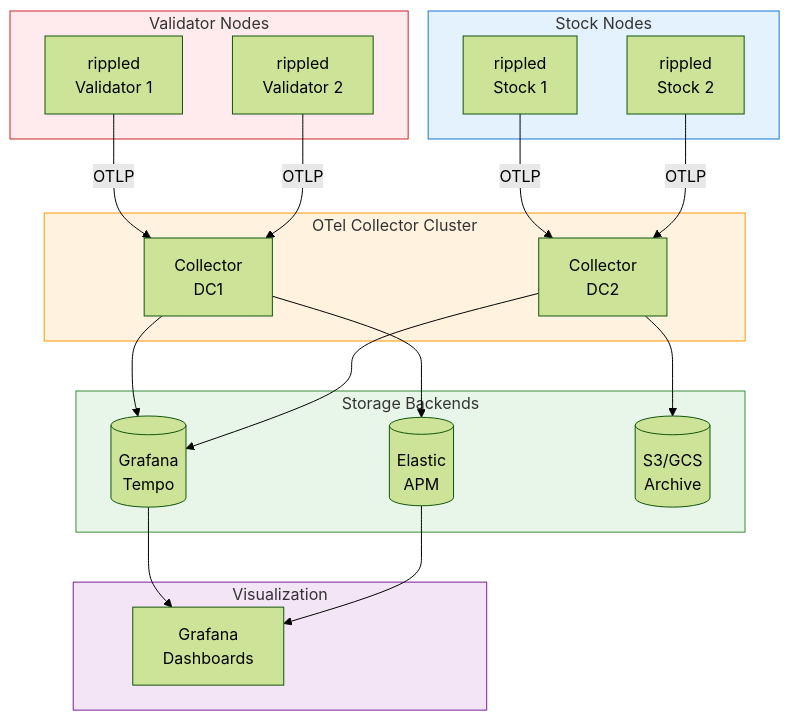
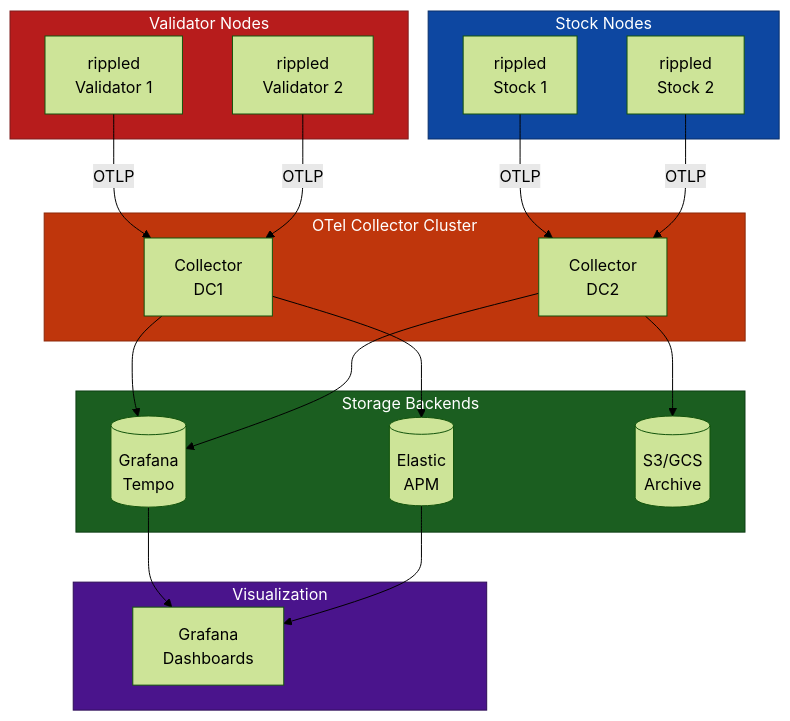
One commit to XRPL-Node/rippled changed the second of 4 diagrams in OpenTelemetryPlan/07-observability-backends.md. Above: the diagram before and after it, drawn with Mermaid (forest theme). The commit also changed other lines of this file and 8 other files, not shown here.

````diff
--- a/OpenTelemetryPlan/07-observability-backends.md
+++ b/OpenTelemetryPlan/07-observability-backends.md
@@ -73,46 +80,46 @@
 ```mermaid
 flowchart TB
     subgraph validators["Validator Nodes"]
         v1[rippled<br/>Validator 1]
         v2[rippled<br/>Validator 2]
     end
 
     subgraph stock["Stock Nodes"]
         s1[rippled<br/>Stock 1]
         s2[rippled<br/>Stock 2]
     end
 
     subgraph collector["OTel Collector Cluster"]
         c1[Collector<br/>DC1]
         c2[Collector<br/>DC2]
     end
 
     subgraph backends["Storage Backends"]
         tempo[(Grafana<br/>Tempo)]
         elastic[(Elastic<br/>APM)]
         archive[(S3/GCS<br/>Archive)]
     end
 
     subgraph ui["Visualization"]
         grafana[Grafana<br/>Dashboards]
     end
 
     v1 -->|OTLP| c1
     v2 -->|OTLP| c1
     s1 -->|OTLP| c2
     s2 -->|OTLP| c2
 
     c1 --> tempo
     c1 --> elastic
     c2 --> tempo
     c2 --> archive
 
     tempo --> grafana
     elastic --> grafana
 
-    style validators fill:#ffebee,stroke:#c62828
-    style stock fill:#e3f2fd,stroke:#1976d2
-    style collector fill:#fff3e0,stroke:#ff9800
-    style backends fill:#e8f5e9,stroke:#388e3c
-    style ui fill:#f3e5f5,stroke:#7b1fa2
+    style validators fill:#b71c1c,stroke:#7f1d1d,color:#ffffff
+    style stock fill:#0d47a1,stroke:#082f6a,color:#ffffff
+    style collector fill:#bf360c,stroke:#8c2809,color:#ffffff
+    style backends fill:#1b5e20,stroke:#0d3d14,color:#ffffff
+    style ui fill:#4a148c,stroke:#2e0d57,color:#ffffff
 ```
````
